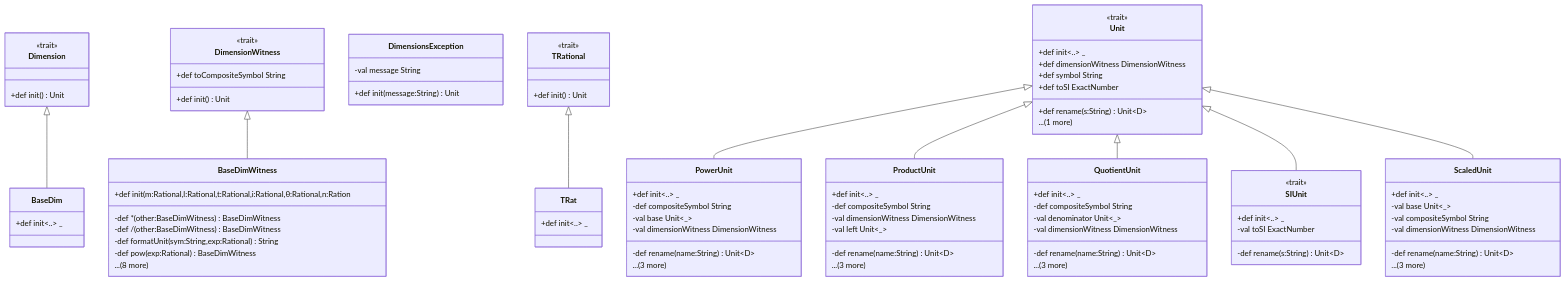
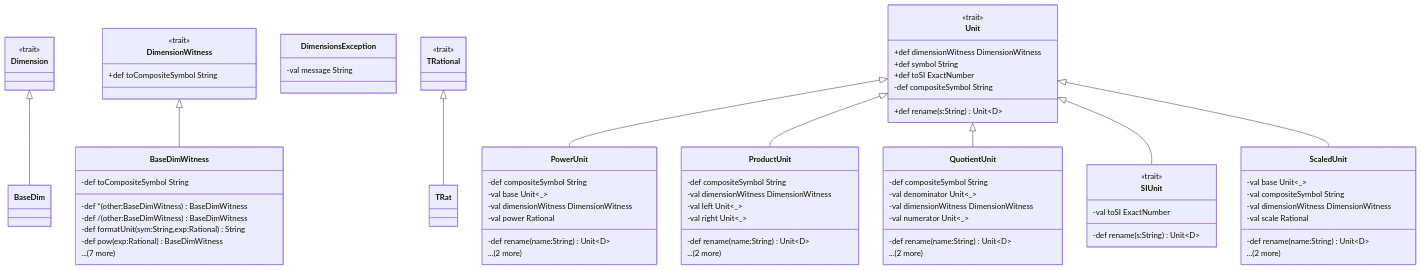
The diagram in docs/diagrams/dimensions.mmd (rchillyard/Number), drawn with Mermaid before and after one commit. The commit also changed 6 other files, not shown here.

First line of the commit message:
Added version to MermaidMain (V0.1.0)

```diff
--- a/docs/diagrams/dimensions.mmd
+++ b/docs/diagrams/dimensions.mmd
@@ -1,90 +1,80 @@
 classDiagram
   %% dimensions -- auto-generated by MermaidMain, do not edit
 
-  class BaseDim {
-    +def init~..~ _
-  }
+  class BaseDim
   class BaseDimWitness {
-    +def init(m:Rational,l:Rational,t:Rational,i:Rational,θ:Rational,n:Ration
     -def *(other:BaseDimWitness) BaseDimWitness
     -def /(other:BaseDimWitness) BaseDimWitness
     -def formatUnit(sym:String,exp:Rational) String
     -def pow(exp:Rational) BaseDimWitness
-    ...(8 more)
+    -def toCompositeSymbol String
+    ...(7 more)
   }
   class Dimension {
     <<trait>>
-    +def init() Unit
   }
   class DimensionWitness {
     <<trait>>
-    +def init() Unit
     +def toCompositeSymbol String
   }
   class DimensionsException {
-    +def init(message:String) Unit
     -val message String
   }
   class PowerUnit {
-    +def init~..~ _
     -def compositeSymbol String
     -def rename(name:String) Unit~D~
     -val base Unit~_~
     -val dimensionWitness DimensionWitness
-    ...(3 more)
+    -val power Rational
+    ...(2 more)
   }
   class ProductUnit {
-    +def init~..~ _
     -def compositeSymbol String
     -def rename(name:String) Unit~D~
     -val dimensionWitness DimensionWitness
     -val left Unit~_~
-    ...(3 more)
+    -val right Unit~_~
+    ...(2 more)
   }
   class QuotientUnit {
-    +def init~..~ _
     -def compositeSymbol String
     -def rename(name:String) Unit~D~
     -val denominator Unit~_~
     -val dimensionWitness DimensionWitness
-    ...(3 more)
+    -val numerator Unit~_~
+    ...(2 more)
   }
   class SIUnit {
     <<trait>>
-    +def init~..~ _
     -def rename(s:String) Unit~D~
     -val toSI ExactNumber
   }
   class ScaledUnit {
-    +def init~..~ _
     -def rename(name:String) Unit~D~
     -val base Unit~_~
     -val compositeSymbol String
     -val dimensionWitness DimensionWitness
-    ...(3 more)
+    -val scale Rational
+    ...(2 more)
   }
-  class TRat {
-    +def init~..~ _
-  }
+  class TRat
   class TRational {
     <<trait>>
-    +def init() Unit
   }
   class Unit {
     <<trait>>
-    +def init~..~ _
     +def dimensionWitness DimensionWitness
     +def rename(s:String) Unit~D~
     +def symbol String
     +def toSI ExactNumber
-    ...(1 more)
+    -def compositeSymbol String
   }
 
   Dimension <|-- BaseDim
   DimensionWitness <|-- BaseDimWitness
   Unit <|-- PowerUnit
   Unit <|-- ProductUnit
   Unit <|-- QuotientUnit
   Unit <|-- SIUnit
   Unit <|-- ScaledUnit
   TRational <|-- TRat
```
